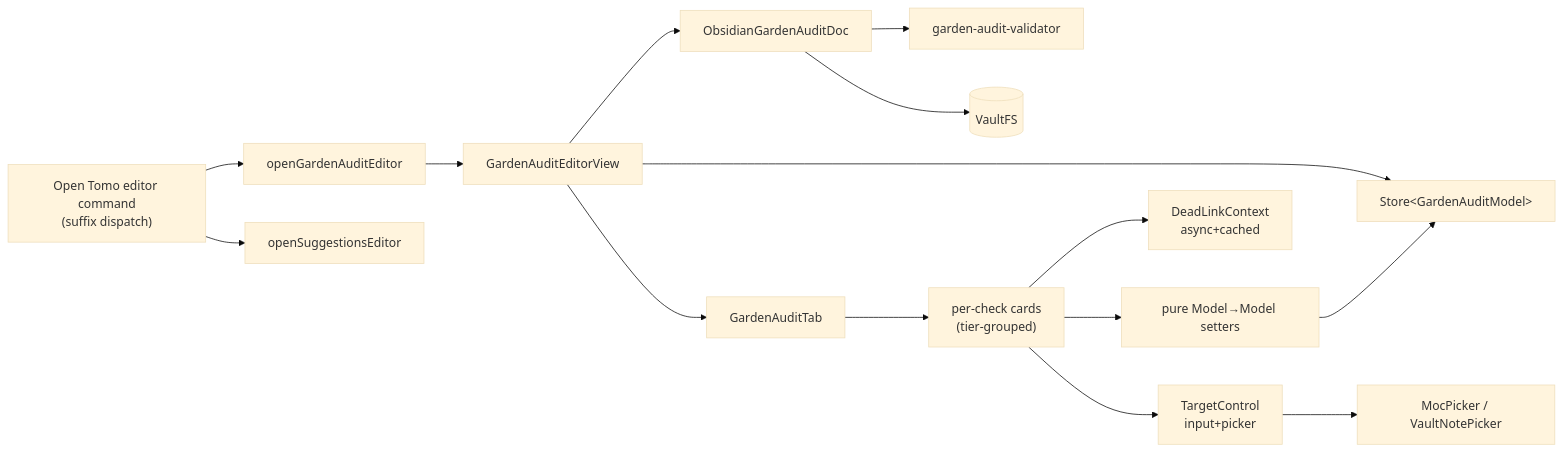
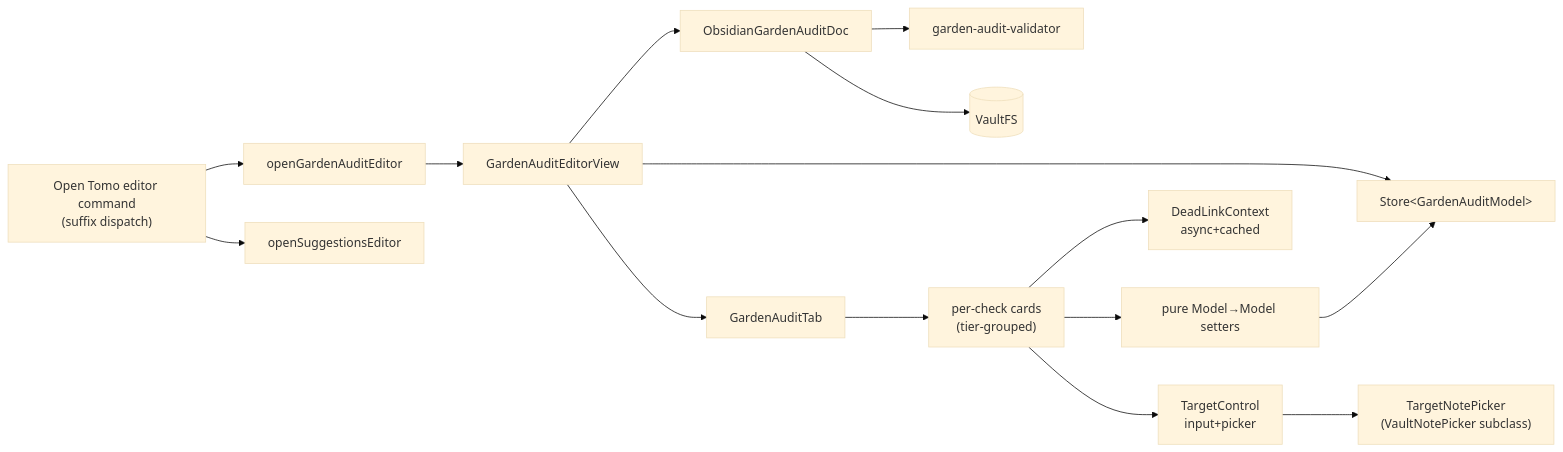
One commit to MMoMM-org/miyo-tomo-hashi changed the second of 4 diagrams in docs/XDD/specs/005-garden-audit-editor/solution.md. Above: the diagram before and after it, drawn with Mermaid (base theme). The commit also changed other lines of this file and 3 other files, not shown here.

````diff
--- a/docs/XDD/specs/005-garden-audit-editor/solution.md
+++ b/docs/XDD/specs/005-garden-audit-editor/solution.md
@@ -212,17 +212,17 @@
 ```mermaid
 graph LR
     Cmd["Open Tomo editor command<br/>(suffix dispatch)"] --> OpenGA[openGardenAuditEditor]
     Cmd --> OpenSug[openSuggestionsEditor]
     OpenGA --> View[GardenAuditEditorView]
     View --> Store["Store&lt;GardenAuditModel&gt;"]
     View --> Adapter[ObsidianGardenAuditDoc]
     Adapter --> Validator[garden-audit-validator]
     Adapter --> VaultFS[(VaultFS)]
     View --> Tab[GardenAuditTab]
     Tab --> Cards["per-check cards<br/>(tier-grouped)"]
     Cards --> Target[TargetControl<br/>input+picker]
     Cards --> Ctx[DeadLinkContext<br/>async+cached]
     Cards --> Transforms["pure Model→Model setters"]
-    Target --> Pickers[MocPicker / VaultNotePicker]
+    Target --> Pickers["TargetNotePicker<br/>(VaultNotePicker subclass)"]
     Transforms --> Store
 ```
````
